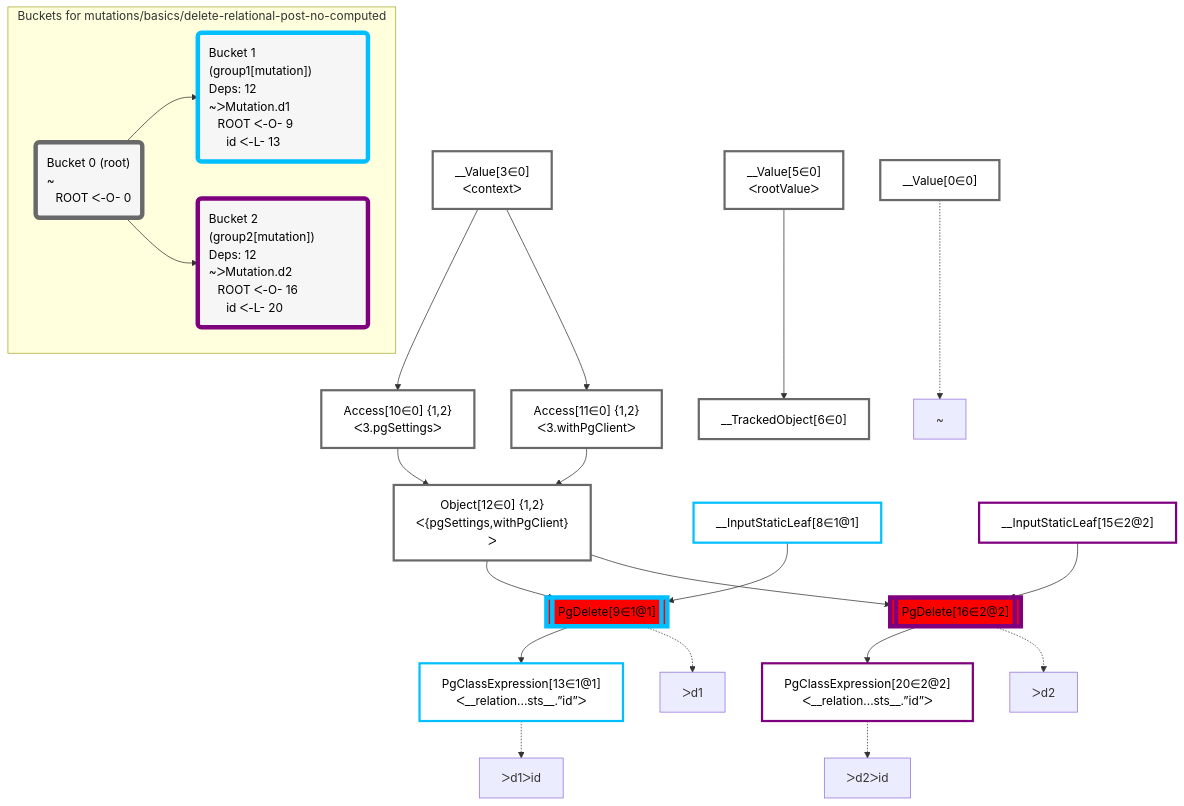
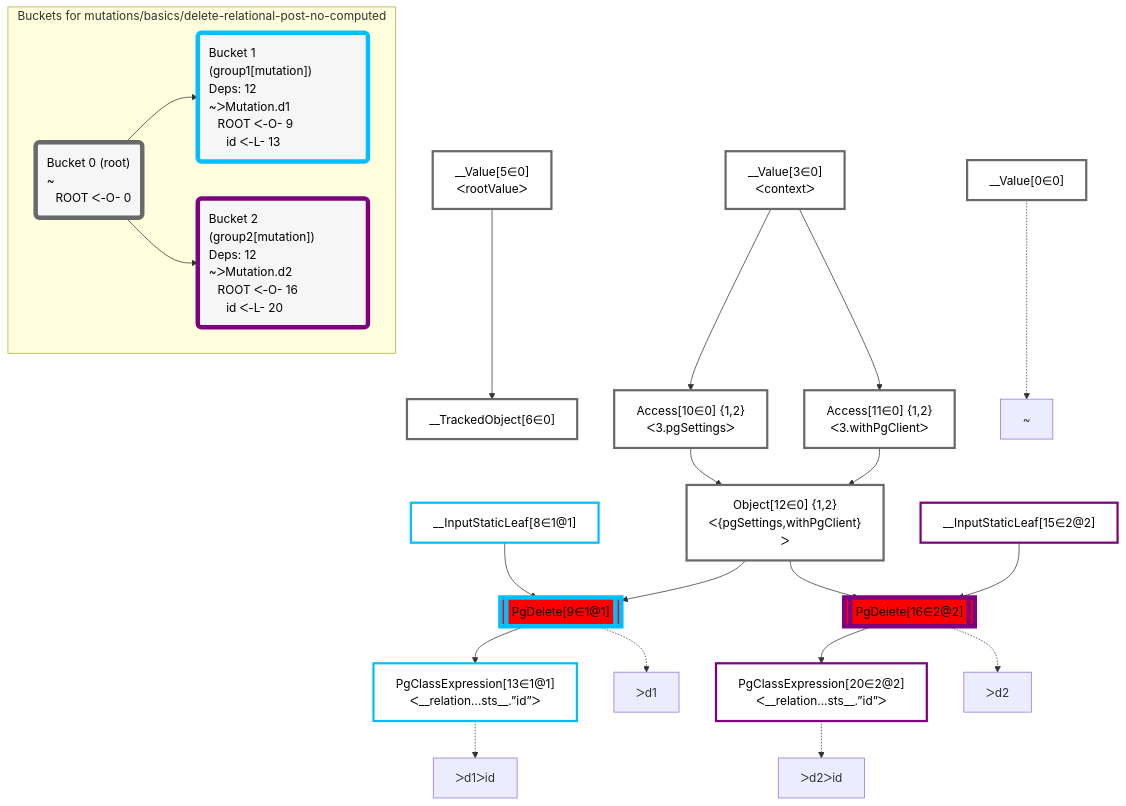
Before and after one commit to graphile/crystal: the diagram in packages/dataplan-pg/__tests__/mutations/basics/delete-relational-post-no-computed.deopt.mermaid.md, drawn with Mermaid. The commit also changed other lines of this file and 195 other files, not shown here.

Commit message:
Reorder graphs

````diff
--- a/packages/dataplan-pg/__tests__/mutations/basics/delete-relational-post-no-computed.deopt.mermaid.md
+++ b/packages/dataplan-pg/__tests__/mutations/basics/delete-relational-post-no-computed.deopt.mermaid.md
@@ -1,59 +1,59 @@
 ```mermaid
 graph TD
     classDef path fill:#eee,stroke:#000,color:#000
     classDef plan fill:#fff,stroke-width:3px,color:#000
     classDef itemplan fill:#fff,stroke-width:6px,color:#000
     classDef sideeffectplan fill:#f00,stroke-width:6px,color:#000
     classDef bucket fill:#f6f6f6,color:#000,stroke-width:6px,text-align:left
 
 
     %% define plans
     __Value0["__Value[0∈0]"]:::plan
-    PgClassExpression13["PgClassExpression[13∈1@1]<br />ᐸ__relation...sts__.”id”ᐳ"]:::plan
-    PgDelete9[["PgDelete[9∈1@1]"]]:::sideeffectplan
-    PgClassExpression20["PgClassExpression[20∈2@2]<br />ᐸ__relation...sts__.”id”ᐳ"]:::plan
-    PgDelete16[["PgDelete[16∈2@2]"]]:::sideeffectplan
-    Object12["Object[12∈0] {1,2}<br />ᐸ{pgSettings,withPgClient}ᐳ"]:::plan
+    __Value3["__Value[3∈0]<br />ᐸcontextᐳ"]:::plan
+    __Value5["__Value[5∈0]<br />ᐸrootValueᐳ"]:::plan
+    __TrackedObject6["__TrackedObject[6∈0]"]:::plan
+    __InputStaticLeaf8["__InputStaticLeaf[8∈1@1]"]:::plan
     Access10["Access[10∈0] {1,2}<br />ᐸ3.pgSettingsᐳ"]:::plan
     Access11["Access[11∈0] {1,2}<br />ᐸ3.withPgClientᐳ"]:::plan
-    __Value3["__Value[3∈0]<br />ᐸcontextᐳ"]:::plan
-    __TrackedObject6["__TrackedObject[6∈0]"]:::plan
-    __Value5["__Value[5∈0]<br />ᐸrootValueᐳ"]:::plan
-    __InputStaticLeaf8["__InputStaticLeaf[8∈1@1]"]:::plan
+    Object12["Object[12∈0] {1,2}<br />ᐸ{pgSettings,withPgClient}ᐳ"]:::plan
+    PgDelete9[["PgDelete[9∈1@1]"]]:::sideeffectplan
+    PgClassExpression13["PgClassExpression[13∈1@1]<br />ᐸ__relation...sts__.”id”ᐳ"]:::plan
     __InputStaticLeaf15["__InputStaticLeaf[15∈2@2]"]:::plan
+    PgDelete16[["PgDelete[16∈2@2]"]]:::sideeffectplan
+    PgClassExpression20["PgClassExpression[20∈2@2]<br />ᐸ__relation...sts__.”id”ᐳ"]:::plan
 
     %% plan dependencies
-    PgDelete9 --> PgClassExpression13
-    Object12 & __InputStaticLeaf8 --> PgDelete9
-    PgDelete16 --> PgClassExpression20
-    Object12 & __InputStaticLeaf15 --> PgDelete16
-    Access10 & Access11 --> Object12
+    __Value5 --> __TrackedObject6
     __Value3 --> Access10
     __Value3 --> Access11
-    __Value5 --> __TrackedObject6
+    Access10 & Access11 --> Object12
+    Object12 & __InputStaticLeaf8 --> PgDelete9
+    PgDelete9 --> PgClassExpression13
+    Object12 & __InputStaticLeaf15 --> PgDelete16
+    PgDelete16 --> PgClassExpression20
 
     %% plan-to-path relationships
     P0["~"]
     __Value0 -.-> P0
     P9["ᐳd1"]
     PgDelete9 -.-> P9
     P13["ᐳd1ᐳid"]
     PgClassExpression13 -.-> P13
     P16["ᐳd2"]
     PgDelete16 -.-> P16
     P20["ᐳd2ᐳid"]
     PgClassExpression20 -.-> P20
 
     subgraph "Buckets for mutations/basics/delete-relational-post-no-computed"
     Bucket0("Bucket 0 (root)<br />~<br />⠀ROOT ᐸ-O- 0"):::bucket
     classDef bucket0 stroke:#696969
     class Bucket0,__Value0,__Value3,__Value5,__TrackedObject6,Access10,Access11,Object12 bucket0
     Bucket1("Bucket 1 (group1[mutation])<br />Deps: 12<br />~ᐳMutation.d1<br />⠀ROOT ᐸ-O- 9<br />⠀⠀id ᐸ-L- 13"):::bucket
     classDef bucket1 stroke:#00bfff
     class Bucket1,__InputStaticLeaf8,PgDelete9,PgClassExpression13 bucket1
     Bucket2("Bucket 2 (group2[mutation])<br />Deps: 12<br />~ᐳMutation.d2<br />⠀ROOT ᐸ-O- 16<br />⠀⠀id ᐸ-L- 20"):::bucket
     classDef bucket2 stroke:#7f007f
     class Bucket2,__InputStaticLeaf15,PgDelete16,PgClassExpression20 bucket2
     Bucket0 --> Bucket1 & Bucket2
     end
 ```
````
